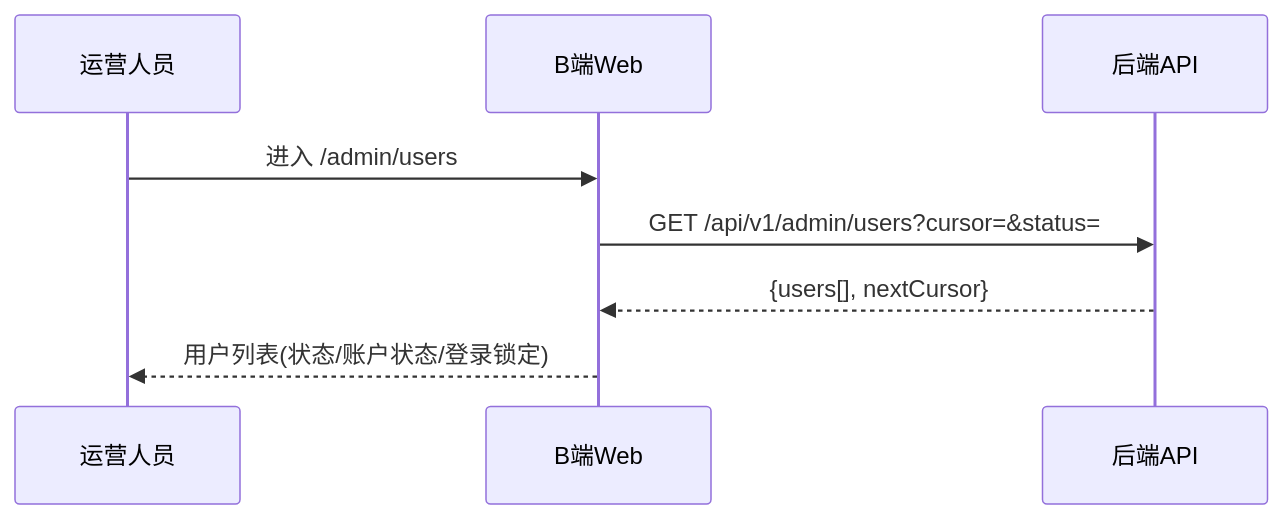
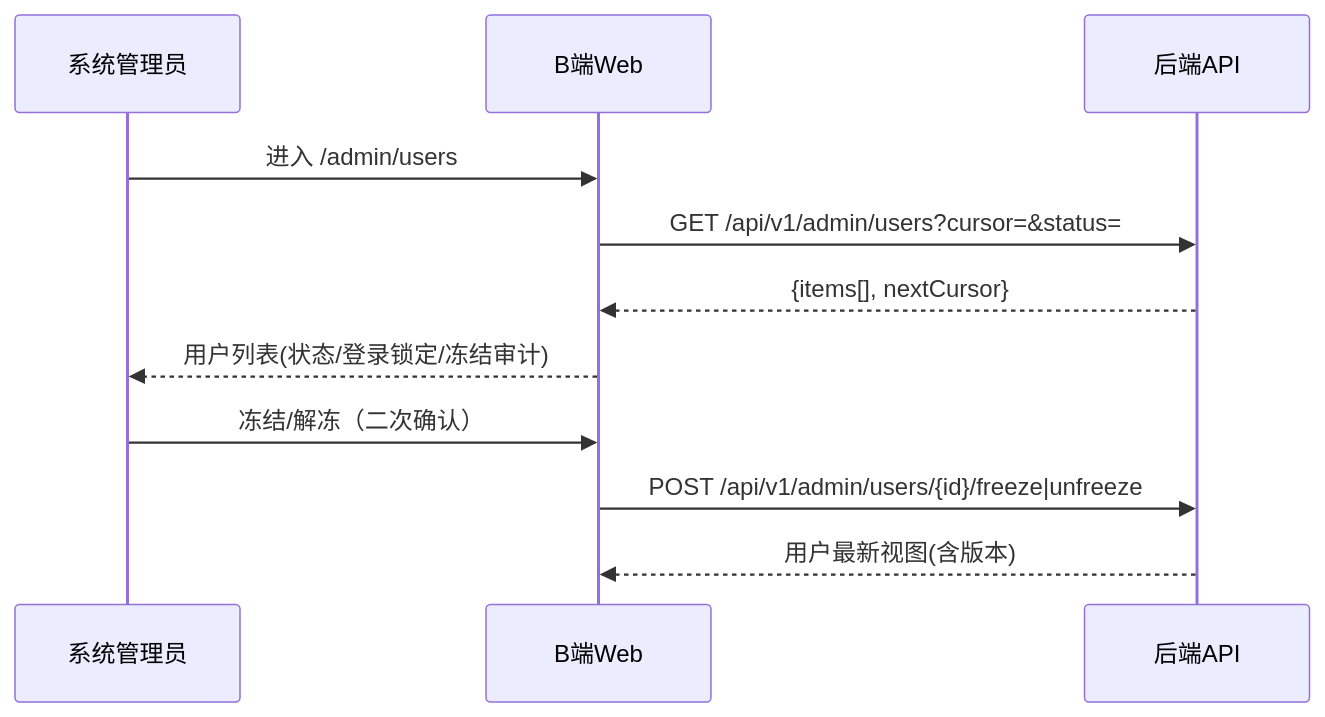
One commit to JN6565/MiniAlalipay changed diagram 28 of 36 in docs/minialalipay/miniaialipay -frontend-system-analysis.md. Above: the diagram before and after it, drawn with Mermaid. The commit also changed other lines of this file and 30 other files, not shown here.

````diff
--- a/docs/minialalipay/miniaialipay -frontend-system-analysis.md
+++ b/docs/minialalipay/miniaialipay -frontend-system-analysis.md
@@ -1794,10 +1793,13 @@
 ```mermaid
 sequenceDiagram
-    participant O as 运营人员
+    participant O as 系统管理员
     participant Web as B端Web
     participant API as 后端API
     O->>Web: 进入 /admin/users
     Web->>API: GET /api/v1/admin/users?cursor=&status=
-    API-->>Web: {users[], nextCursor}
-    Web-->>O: 用户列表(状态/账户状态/登录锁定)
+    API-->>Web: {items[], nextCursor}
+    Web-->>O: 用户列表(状态/登录锁定/冻结审计)
+    O->>Web: 冻结/解冻（二次确认）
+    Web->>API: POST /api/v1/admin/users/{id}/freeze|unfreeze
+    API-->>Web: 用户最新视图(含版本)
 ```
````
